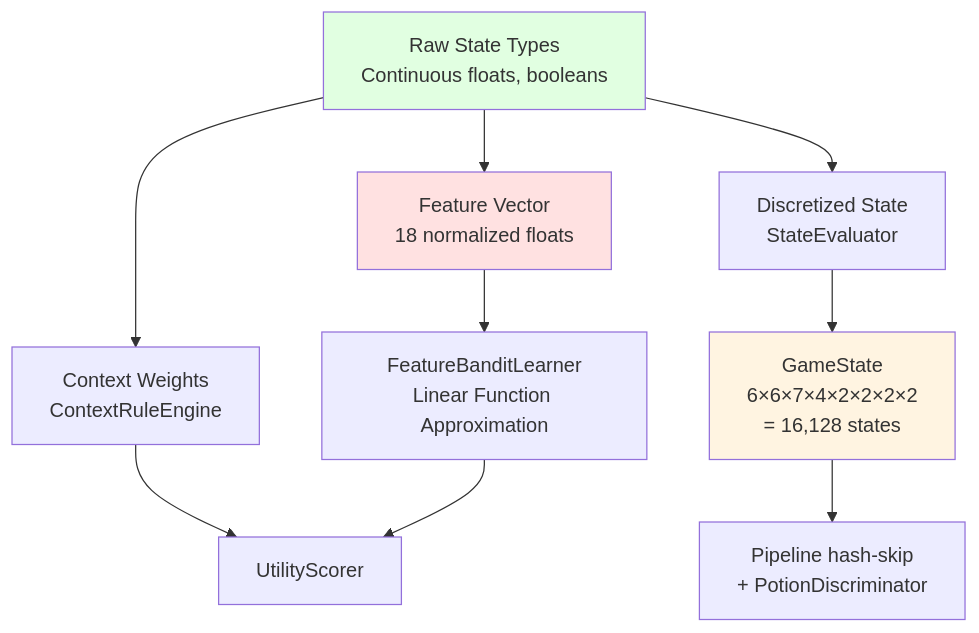
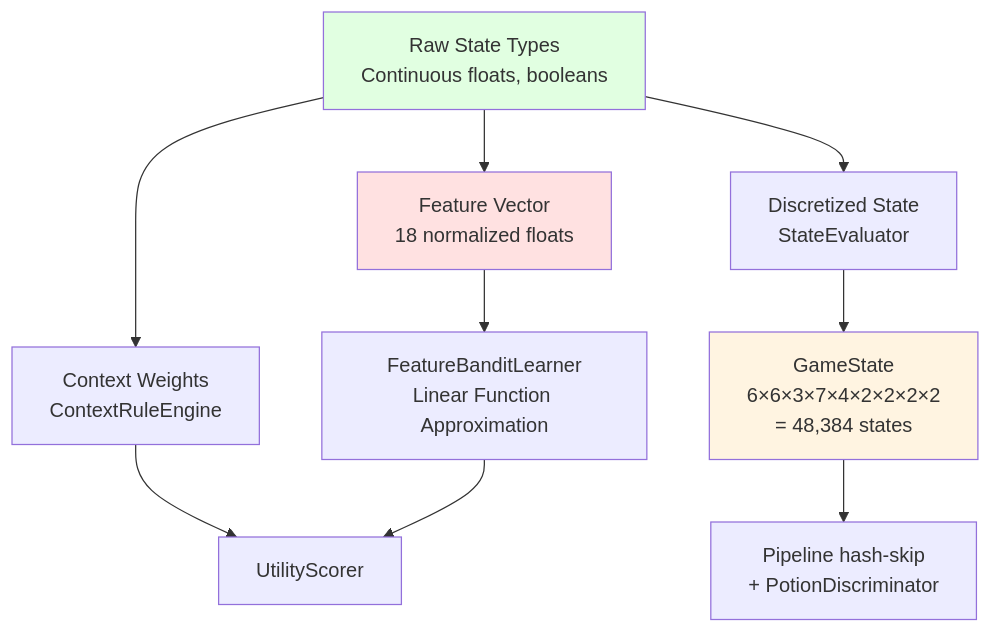
One commit to LandingCrew/huginn changed diagram 11 of 13 in docs/architecture/1-states.md. Above: the diagram before and after it, drawn with Mermaid. The commit also changed other lines of this file and 11 other files, not shown here.

````diff
--- a/docs/architecture/1-states.md
+++ b/docs/architecture/1-states.md
@@ -982,18 +982,18 @@
 ```mermaid
 graph TB
     Raw[Raw State Types<br/>Continuous floats, booleans] --> CW[Context Weights<br/>ContextRuleEngine]
     Raw --> Disc[Discretized State<br/>StateEvaluator]
 
-    Disc --> GS["GameState<br/>6×6×7×4×2×2×2×2<br/>= 16,128 states"]
+    Disc --> GS["GameState<br/>6×6×3×7×4×2×2×2×2<br/>= 48,384 states"]
     GS --> Skip[Pipeline hash-skip<br/>+ PotionDiscriminator]
 
     Raw --> FV[Feature Vector<br/>18 normalized floats]
     FV --> BL[FeatureBanditLearner<br/>Linear Function Approximation]
 
     CW --> Scorer[UtilityScorer]
     BL --> Scorer
 
     style Raw fill:#e1ffe1
     style GS fill:#fff4e1
     style FV fill:#ffe1e1
 ```
````
